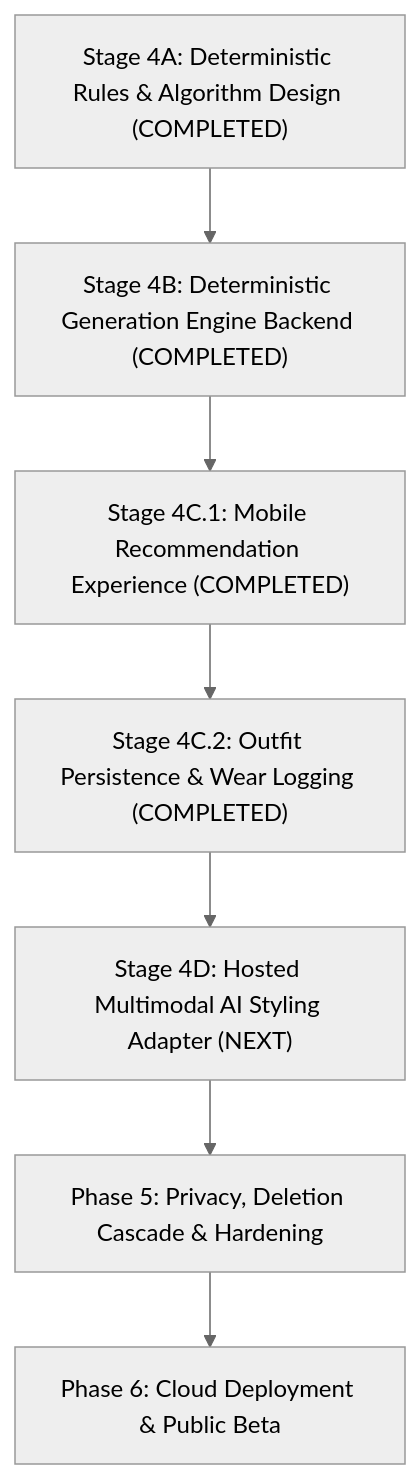
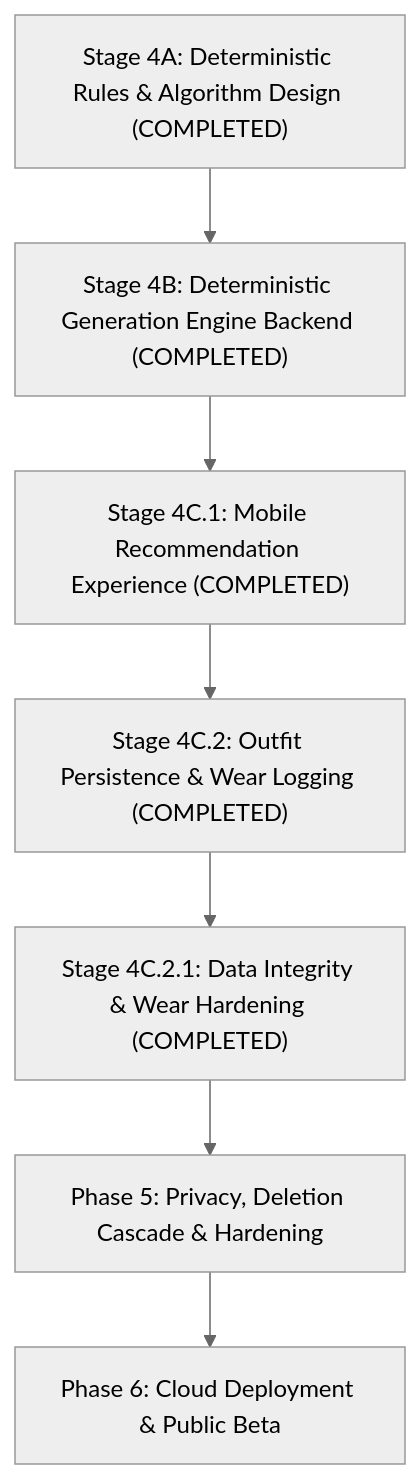
The diagram in docs/PROJECT_STATUS.md (ShaileshKumar007/GroomAi), drawn with Mermaid (neutral theme) before and after one commit. The commit also changed other lines of this file and 29 other files, not shown here.

First line of the commit message:
feat(outfit): historical data integrity, snapshots, and wear logging hardening (Stage 4C.2.1)

````diff
--- a/docs/PROJECT_STATUS.md
+++ b/docs/PROJECT_STATUS.md
@@ -174,12 +196,13 @@
 ```mermaid
 flowchart TD
     M1["Stage 4A: Deterministic Rules & Algorithm Design (COMPLETED)"]
     M2["Stage 4B: Deterministic Generation Engine Backend (COMPLETED)"]
     M3["Stage 4C.1: Mobile Recommendation Experience (COMPLETED)"]
     M4["Stage 4C.2: Outfit Persistence & Wear Logging (COMPLETED)"]
-    M5["Stage 4D: Hosted Multimodal AI Styling Adapter (NEXT)"]
+    M5["Stage 4C.2.1: Data Integrity & Wear Hardening (COMPLETED)"]
+    M6["Stage 4C.3: Multimodal AI Styling Adapter (NEXT)"]
     M6["Phase 5: Privacy, Deletion Cascade & Hardening"]
     M7["Phase 6: Cloud Deployment & Public Beta"]
 
     M1 --> M2 --> M3 --> M4 --> M5 --> M6 --> M7
 ```
````
